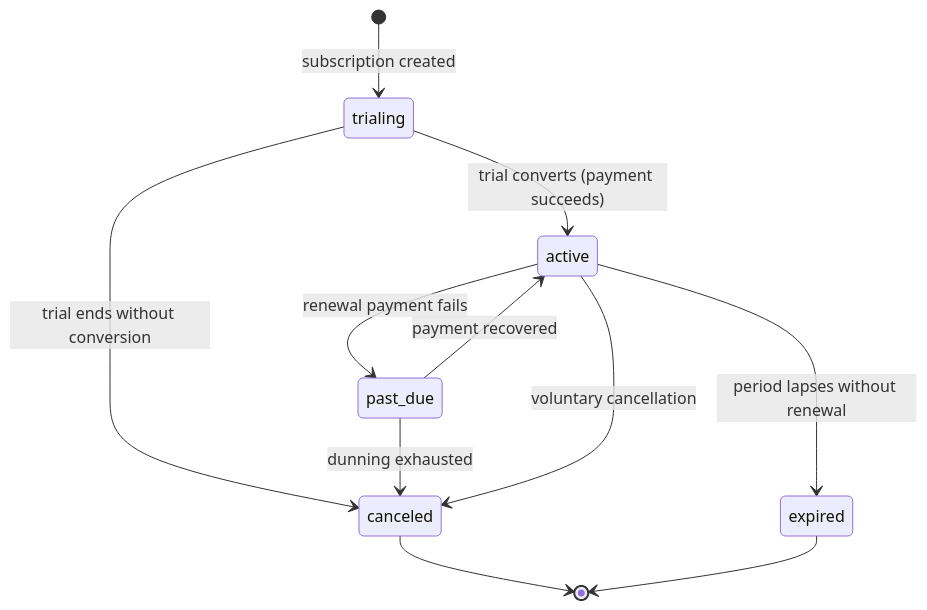
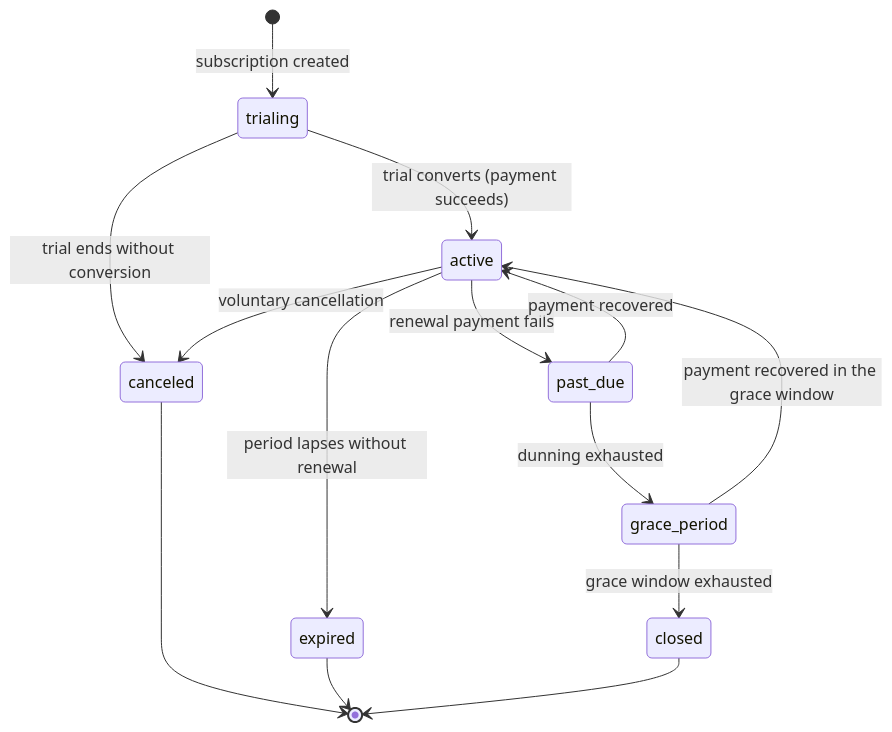
The diagram in docs/database/subscriptions-data-model.md (yousefomar3003/studafy), drawn with Mermaid before and after one commit. The commit also changed other lines of this file and 45 other files, not shown here.

````diff
--- a/docs/database/subscriptions-data-model.md
+++ b/docs/database/subscriptions-data-model.md
@@ -34,13 +42,16 @@
 ```mermaid
 stateDiagram-v2
   [*] --> trialing: subscription created
   trialing --> active: trial converts (payment succeeds)
   trialing --> canceled: trial ends without conversion
   active --> past_due: renewal payment fails
   past_due --> active: payment recovered
-  past_due --> canceled: dunning exhausted
+  past_due --> grace_period: dunning exhausted
+  grace_period --> active: payment recovered in the grace window
+  grace_period --> closed: grace window exhausted
   active --> canceled: voluntary cancellation
   active --> expired: period lapses without renewal
   canceled --> [*]
   expired --> [*]
+  closed --> [*]
 ```
````
